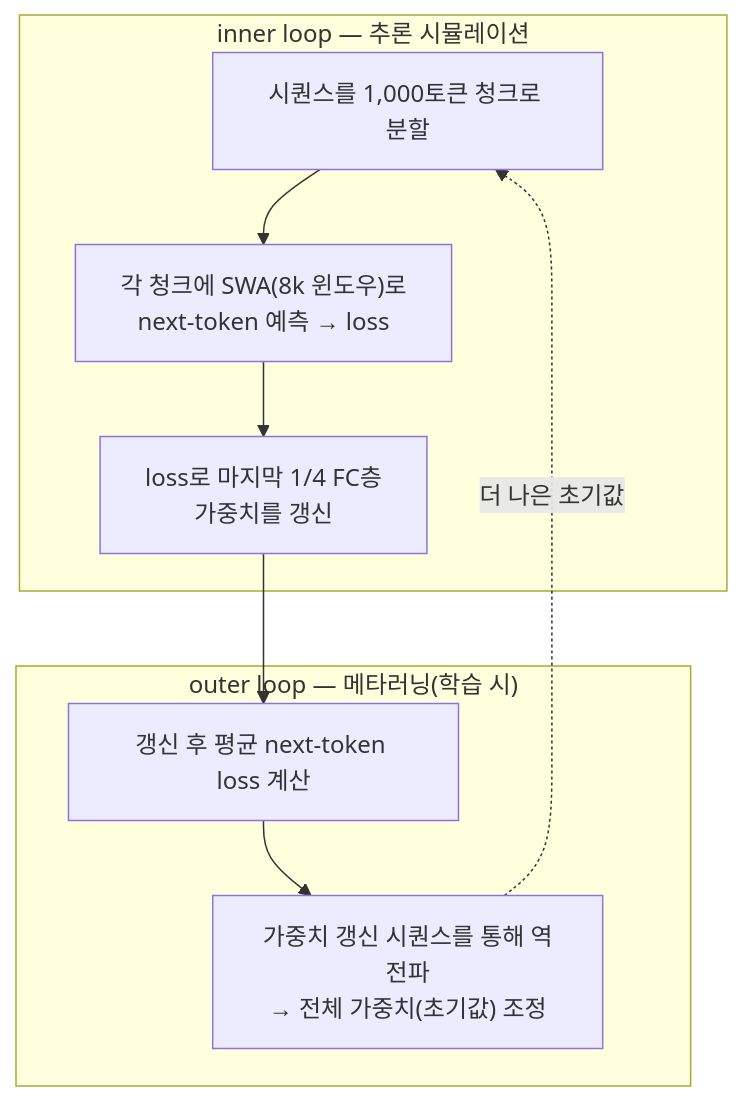
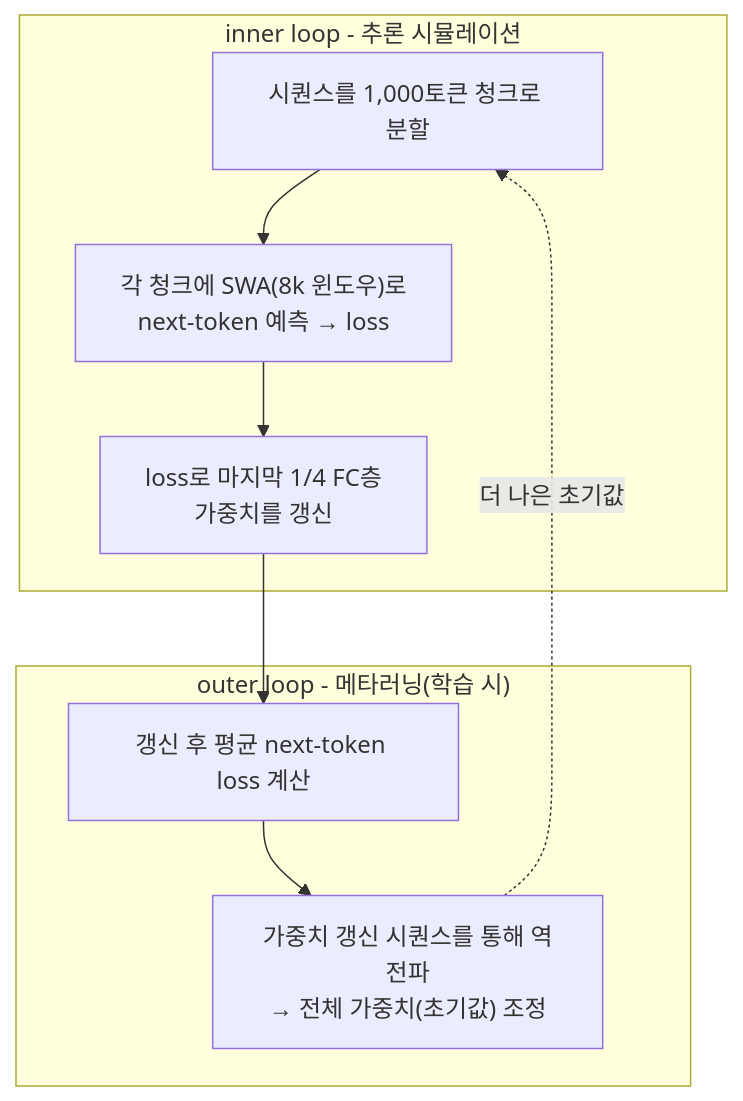
One commit to millim1983/millim1983.github.io changed the diagram in _posts/2026-06-21-paper-20260621-ttt-e2e-long-context.md. Above: the diagram before and after it, drawn with Mermaid. The commit also changed other lines of this file and 75 other files, not shown here.

````diff
--- a/_posts/2026-06-21-paper-20260621-ttt-e2e-long-context.md
+++ b/_posts/2026-06-21-paper-20260621-ttt-e2e-long-context.md
@@ -40,12 +40,12 @@
 ```mermaid
 flowchart TB
-  subgraph INNER["inner loop — 추론 시뮬레이션"]
+  subgraph INNER["inner loop - 추론 시뮬레이션"]
     C["시퀀스를 1,000토큰 청크로 분할"] --> SWA["각 청크에 SWA(8k 윈도우)로<br/>next-token 예측 → loss"]
     SWA --> UP["loss로 마지막 1/4 FC층<br/>가중치를 갱신"]
   end
-  subgraph OUTER["outer loop — 메타러닝(학습 시)"]
+  subgraph OUTER["outer loop - 메타러닝(학습 시)"]
     AVG["갱신 후 평균 next-token loss 계산"] --> BP["가중치 갱신 시퀀스를 통해 역전파<br/>→ 전체 가중치(초기값) 조정"]
   end
   UP --> AVG
   BP -.->|"더 나은 초기값"| C
 ```
````
